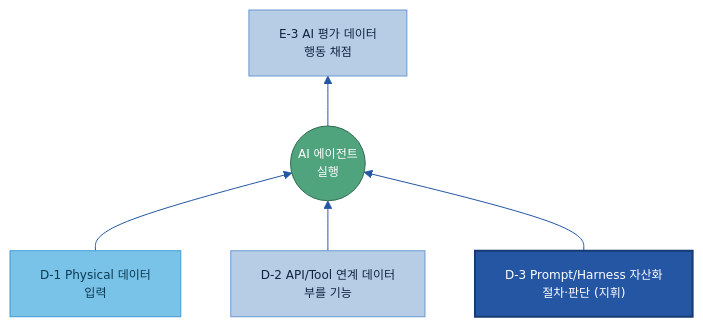
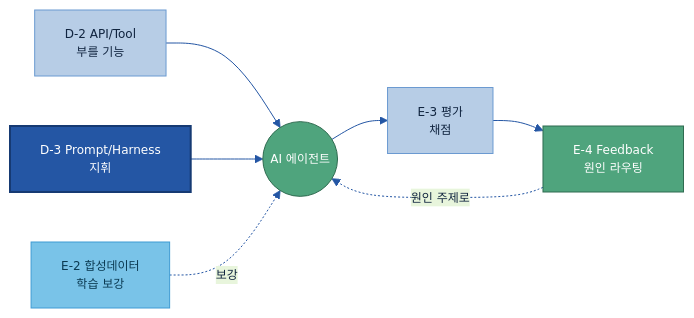
One commit to jin-kearney/ai-ready-data-manual changed the fifth of 5 diagrams in 전체 목차/00 전체 목차 (20개 주제).md. Above: the diagram before and after it, drawn with Mermaid. The commit also changed other lines of this file, not shown here.

````diff
--- a/전체 목차/00 전체 목차 (20개 주제).md
+++ b/전체 목차/00 전체 목차 (20개 주제).md
@@ -240,12 +243,13 @@
 ```mermaid
 %%{init: {'theme':'base','themeVariables':{'primaryColor':'#DCE8F5','primaryBorderColor':'#2456A4','primaryTextColor':'#10243f','lineColor':'#2456A4','fontSize':'12px'}}}%%
-flowchart BT
-    PHY["D-1 Physical 데이터<br/>입력"]:::src --> AGENT
-    TOOL["D-2 API/Tool 연계 데이터<br/>부를 기능"]:::n --> AGENT
-    PROM["D-3 Prompt/Harness 자산화<br/>절차·판단 (지휘)"]:::cat --> AGENT(("AI 에이전트<br/>실행")):::loop
-    AGENT --> EVAL["E-3 AI 평가 데이터<br/>행동 채점"]:::n
+flowchart LR
+    TOOL["D-2 API/Tool<br/>부를 기능"]:::n --> AG
+    PROM["D-3 Prompt/Harness<br/>지휘"]:::cat --> AG(("AI 에이전트")):::loop
+    SYN["E-2 합성데이터<br/>학습 보강"]:::src -.보강.-> AG
+    AG --> EV["E-3 평가<br/>채점"]:::n --> FB["E-4 Feedback<br/>원인 라우팅"]:::loop
+    FB -.원인 주제로.-> AG
     classDef n fill:#B7CDE6,stroke:#6B9AD1,color:#10243f;
     classDef src fill:#79C3E8,stroke:#3F9BD4,color:#0b3a52;
     classDef cat fill:#2456A4,color:#fff,stroke:#163a73,stroke-width:2px;
     classDef loop fill:#4FA47D,stroke:#2f6b50,color:#fff;
 ```
````
